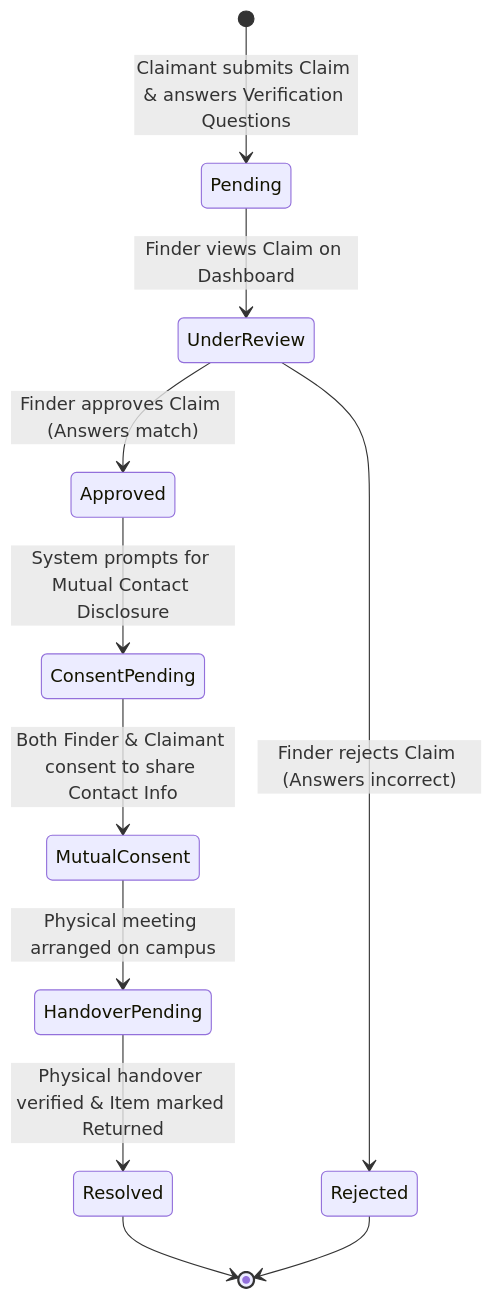
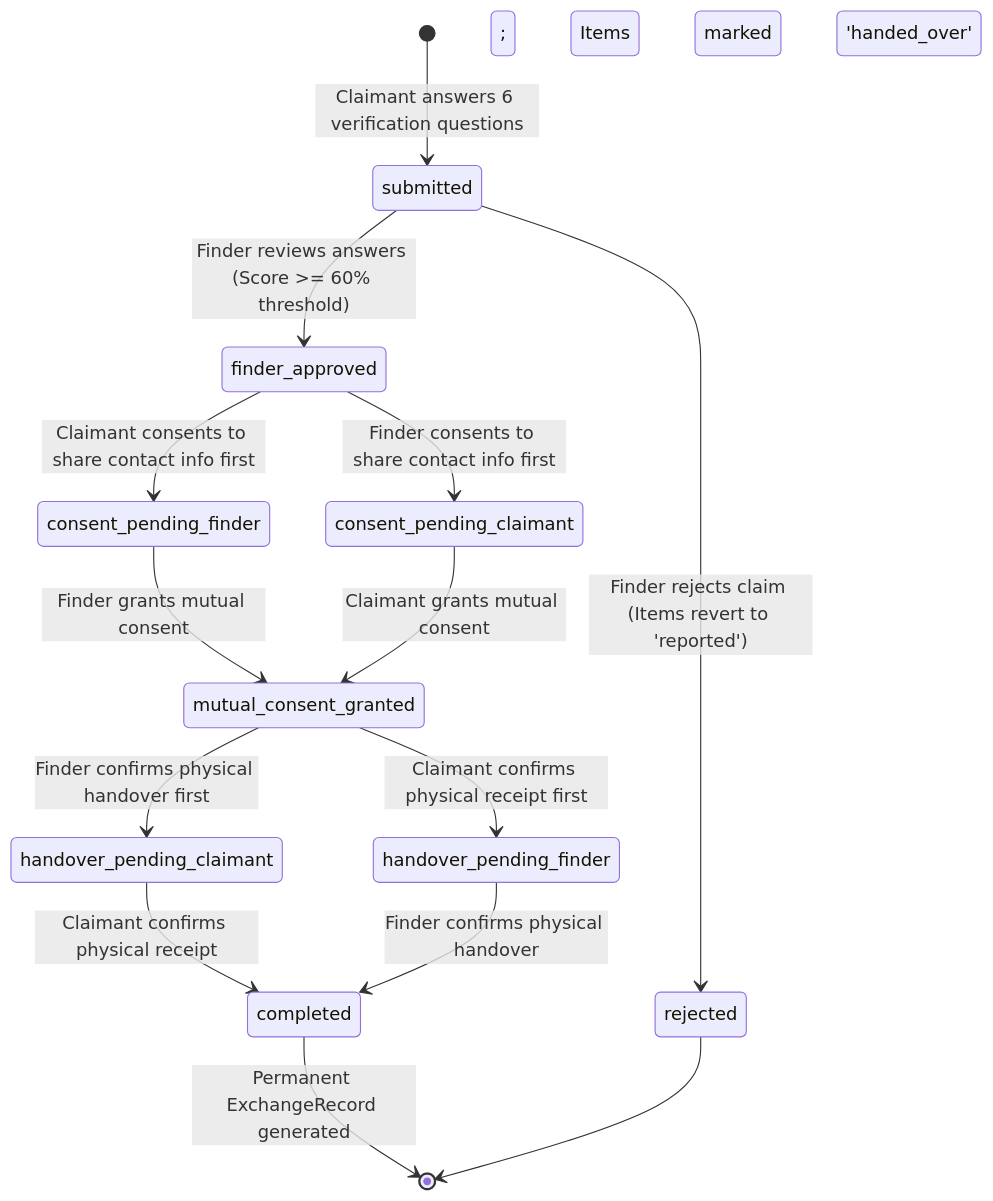
One commit to 2025csharshswamic-sketch/DEVOPS-LAB changed the second of 3 diagrams in docs/ARCHITECTURE.md. Above: the diagram before and after it, drawn with Mermaid. The commit also changed other lines of this file and 2 other files, not shown here.

Commit message:
docs(boomerang): update architecture, containerization, and test metrics to match upstream

````diff
--- a/docs/ARCHITECTURE.md
+++ b/docs/ARCHITECTURE.md
@@ -74,15 +84,22 @@
 ```mermaid
 stateDiagram-v2
-    [*] --> Pending: Claimant submits Claim & answers Verification Questions
-    Pending --> UnderReview: Finder views Claim on Dashboard
-    UnderReview --> Approved: Finder approves Claim (Answers match)
-    UnderReview --> Rejected: Finder rejects Claim (Answers incorrect)
+    [*] --> submitted: Claimant answers 6 verification questions
     
-    Approved --> ConsentPending: System prompts for Mutual Contact Disclosure
-    ConsentPending --> MutualConsent: Both Finder & Claimant consent to share Contact Info
+    submitted --> finder_approved: Finder reviews answers (Score >= 60% threshold)
+    submitted --> rejected: Finder rejects claim (Items revert to 'reported')
     
-    MutualConsent --> HandoverPending: Physical meeting arranged on campus
-    HandoverPending --> Resolved: Physical handover verified & Item marked Returned
-    Resolved --> [*]
-    Rejected --> [*]
+    finder_approved --> consent_pending_finder: Claimant consents to share contact info first
+    finder_approved --> consent_pending_claimant: Finder consents to share contact info first
+    
+    consent_pending_finder --> mutual_consent_granted: Finder grants mutual consent
+    consent_pending_claimant --> mutual_consent_granted: Claimant grants mutual consent
+    
+    mutual_consent_granted --> handover_pending_claimant: Finder confirms physical handover first
+    mutual_consent_granted --> handover_pending_finder: Claimant confirms physical receipt first
+    
+    handover_pending_claimant --> completed: Claimant confirms physical receipt
+    handover_pending_finder --> completed: Finder confirms physical handover
+    
+    completed --> [*]: Permanent ExchangeRecord generated; Items marked 'handed_over'
+    rejected --> [*]
 ```
````
